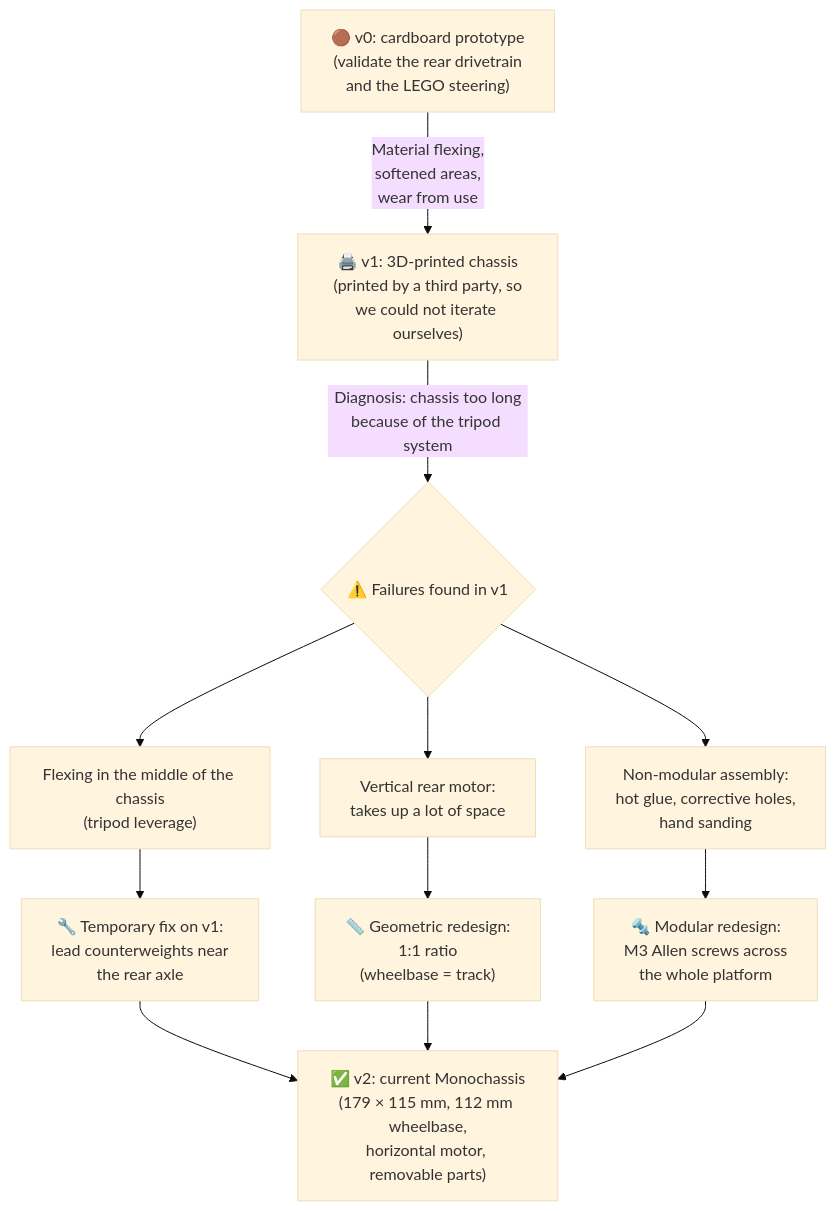
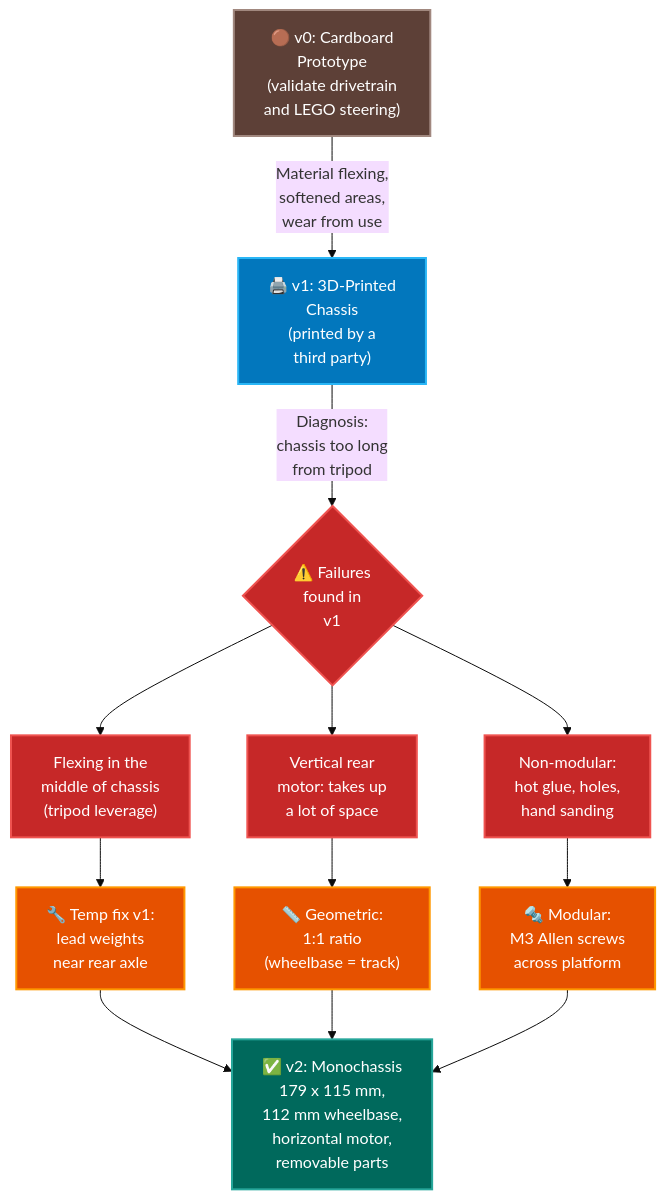
The ninth of 20 diagrams in README.md (erchivox/Prometheus-Team-2026), drawn with Mermaid (base theme) before and after one commit.

````diff
--- a/README.md
+++ b/README.md
@@ -1386,14 +1386,24 @@
 ```mermaid
-flowchart TD
-    A["🟤 v0: cardboard prototype<br/>(validate the rear drivetrain<br/>and the LEGO steering)"] -->|"Material flexing,<br/>softened areas,<br/>wear from use"| B["🖨️ v1: 3D-printed chassis<br/>(printed by a third party, so<br/>we could not iterate ourselves)"]
-    B -->|"Diagnosis: chassis too long<br/>because of the tripod system"| C{"⚠️ Failures found in v1"}
-    C --> C1["Flexing in the middle of the chassis<br/>(tripod leverage)"]
-    C --> C2["Vertical rear motor:<br/>takes up a lot of space"]
-    C --> C3["Non-modular assembly:<br/>hot glue, corrective holes,<br/>hand sanding"]
-    C1 --> D["🔧 Temporary fix on v1:<br/>lead counterweights near<br/>the rear axle"]
-    C2 --> E["📏 Geometric redesign:<br/>1:1 ratio<br/>(wheelbase = track)"]
-    C3 --> F["🔩 Modular redesign:<br/>M3 Allen screws across<br/>the whole platform"]
-    D --> G["✅ v2: current Monochassis<br/>(179 × 115 mm, 112 mm wheelbase,<br/>horizontal motor, removable parts)"]
+graph TD
+    classDef v0 fill:#5d4037,stroke:#a1887f,stroke-width:2px,color:#fff;
+    classDef v1 fill:#0277bd,stroke:#29b6f6,stroke-width:2px,color:#fff;
+    classDef fail fill:#c62828,stroke:#ef5350,stroke-width:2px,color:#fff;
+    classDef fix fill:#e65100,stroke:#ff9800,stroke-width:2px,color:#fff;
+    classDef v2 fill:#00695c,stroke:#26a69a,stroke-width:2px,color:#fff;
+
+    A["🟤 v0: Cardboard<br>Prototype<br>(validate drivetrain<br>and LEGO steering)"]:::v0 -->|"Material flexing,<br>softened areas,<br>wear from use"| B["🖨️ v1: 3D-Printed<br>Chassis<br>(printed by a<br>third party)"]:::v1
+
+    B -->|"Diagnosis:<br>chassis too long<br>from tripod"| C{"⚠️ Failures<br>found in<br>v1"}:::fail
+
+    C --> C1["Flexing in the<br>middle of chassis<br>(tripod leverage)"]:::fail
+    C --> C2["Vertical rear<br>motor: takes up<br>a lot of space"]:::fail
+    C --> C3["Non-modular:<br>hot glue, holes,<br>hand sanding"]:::fail
+
+    C1 --> D["🔧 Temp fix v1:<br>lead weights<br>near rear axle"]:::fix
+    C2 --> E["📏 Geometric:<br>1:1 ratio<br>(wheelbase = track)"]:::fix
+    C3 --> F["🔩 Modular:<br>M3 Allen screws<br>across platform"]:::fix
+
+    D --> G["✅ v2: Monochassis<br>179 x 115 mm,<br>112 mm wheelbase,<br>horizontal motor,<br>removable parts"]:::v2
     E --> G
     F --> G
 ```
````
